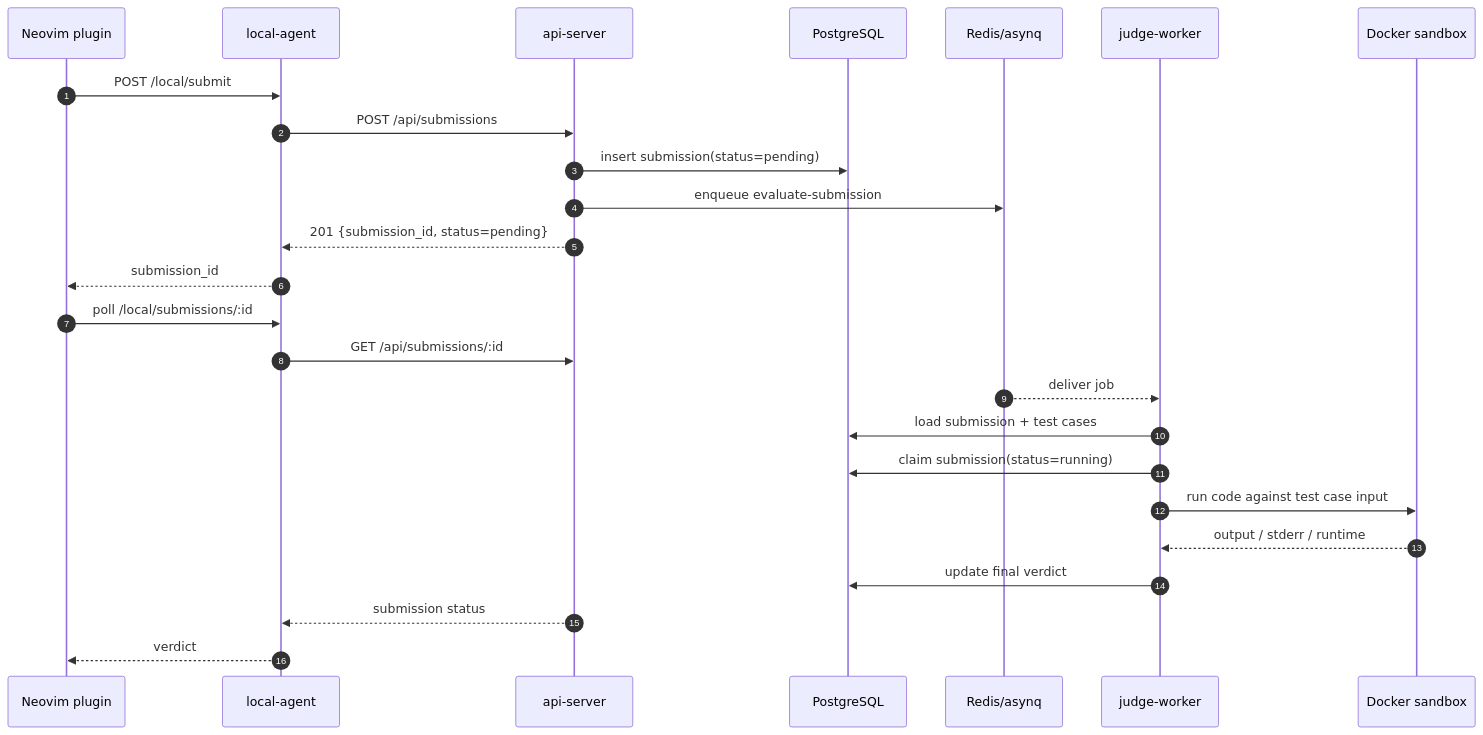
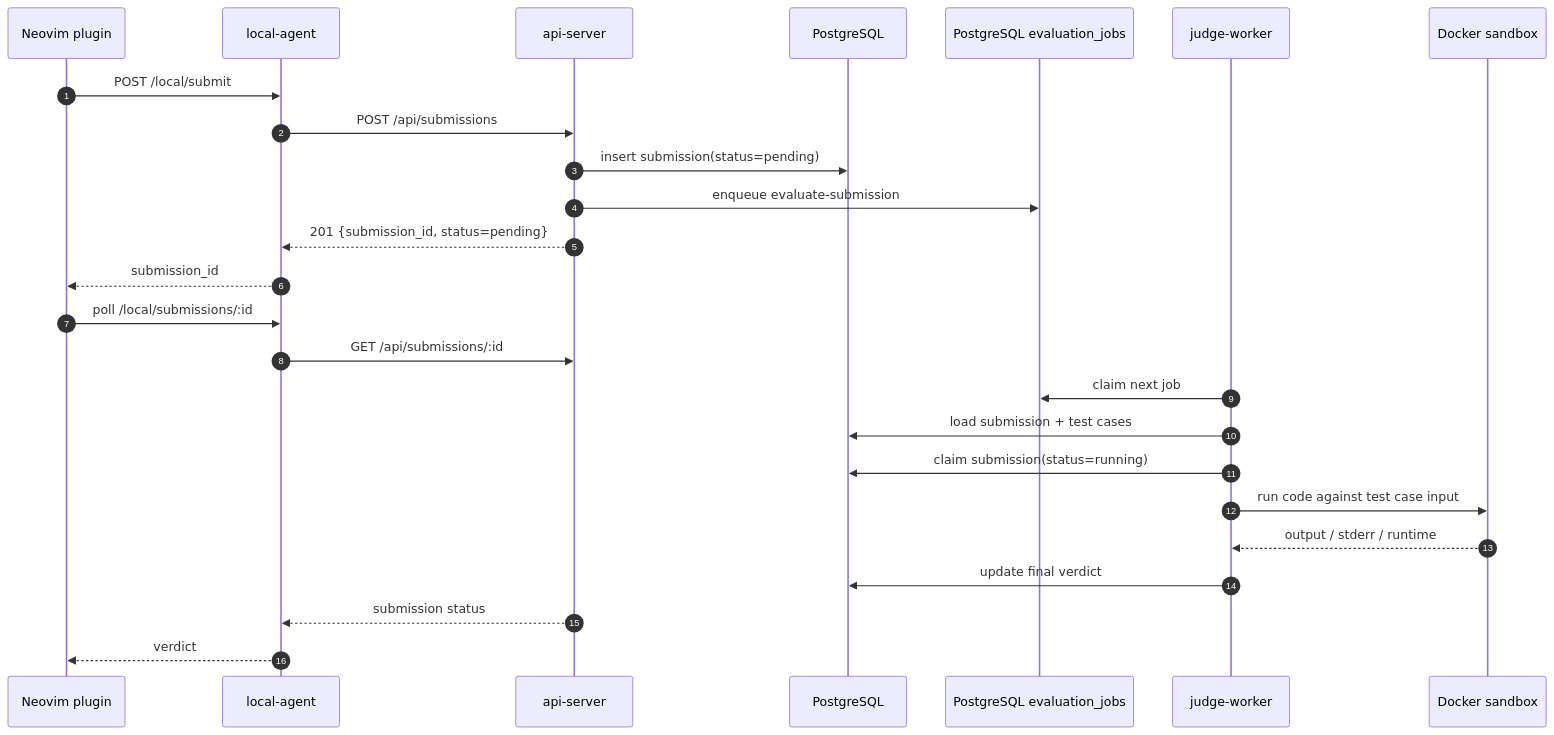
The third of 5 diagrams in docs/architecture.md (tuannm99/judge-loop), drawn with Mermaid before and after one commit. The commit also changed other lines of this file and 116 other files, not shown here.

Commit message:
update: move evaluation queue to postgres and add roadmap import

````diff
--- a/docs/architecture.md
+++ b/docs/architecture.md
@@ -88,28 +85,28 @@
 ```mermaid
 sequenceDiagram
   autonumber
   participant Plugin as Neovim plugin
   participant Agent as local-agent
   participant API as api-server
   participant DB as PostgreSQL
-  participant Q as Redis/asynq
+  participant Q as PostgreSQL evaluation_jobs
   participant Worker as judge-worker
   participant Sandbox as Docker sandbox
 
   Plugin->>Agent: POST /local/submit
   Agent->>API: POST /api/submissions
   API->>DB: insert submission(status=pending)
   API->>Q: enqueue evaluate-submission
   API-->>Agent: 201 {submission_id, status=pending}
   Agent-->>Plugin: submission_id
   Plugin->>Agent: poll /local/submissions/:id
   Agent->>API: GET /api/submissions/:id
-  Q-->>Worker: deliver job
+  Worker->>Q: claim next job
   Worker->>DB: load submission + test cases
   Worker->>DB: claim submission(status=running)
   Worker->>Sandbox: run code against test case input
   Sandbox-->>Worker: output / stderr / runtime
   Worker->>DB: update final verdict
   API-->>Agent: submission status
   Agent-->>Plugin: verdict
 ```
````
